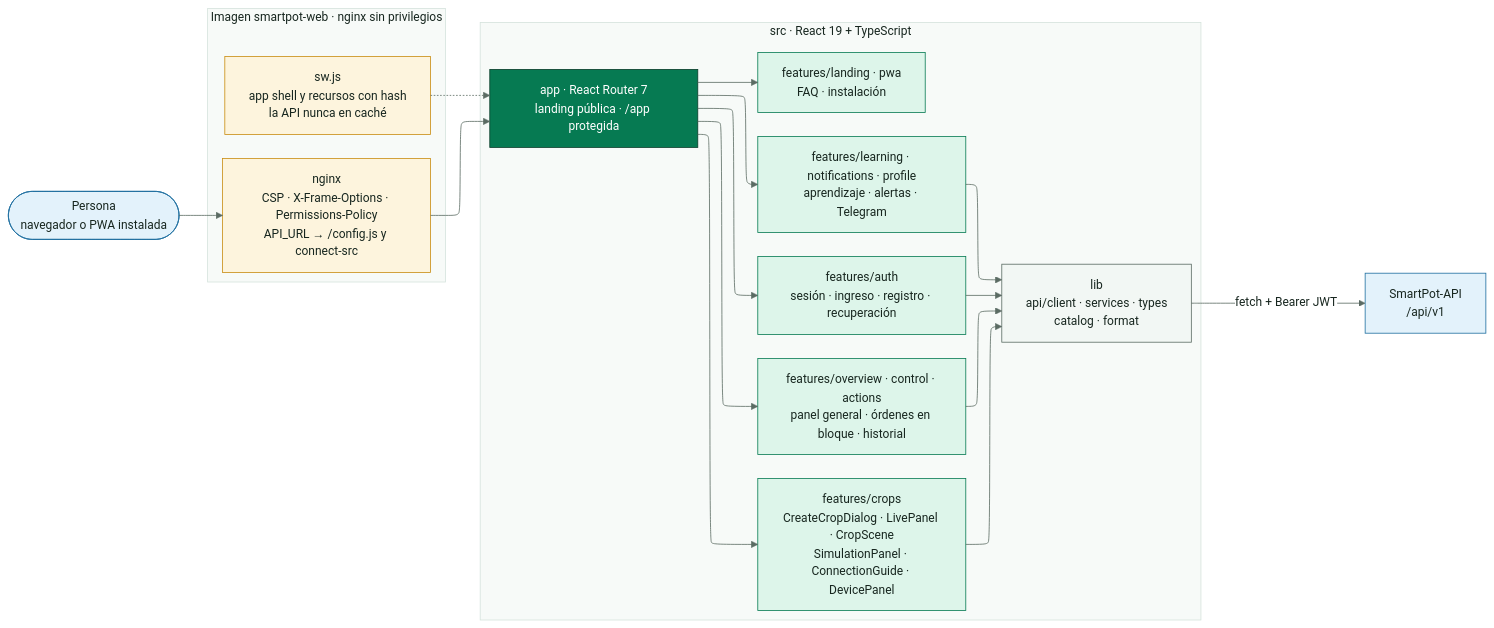
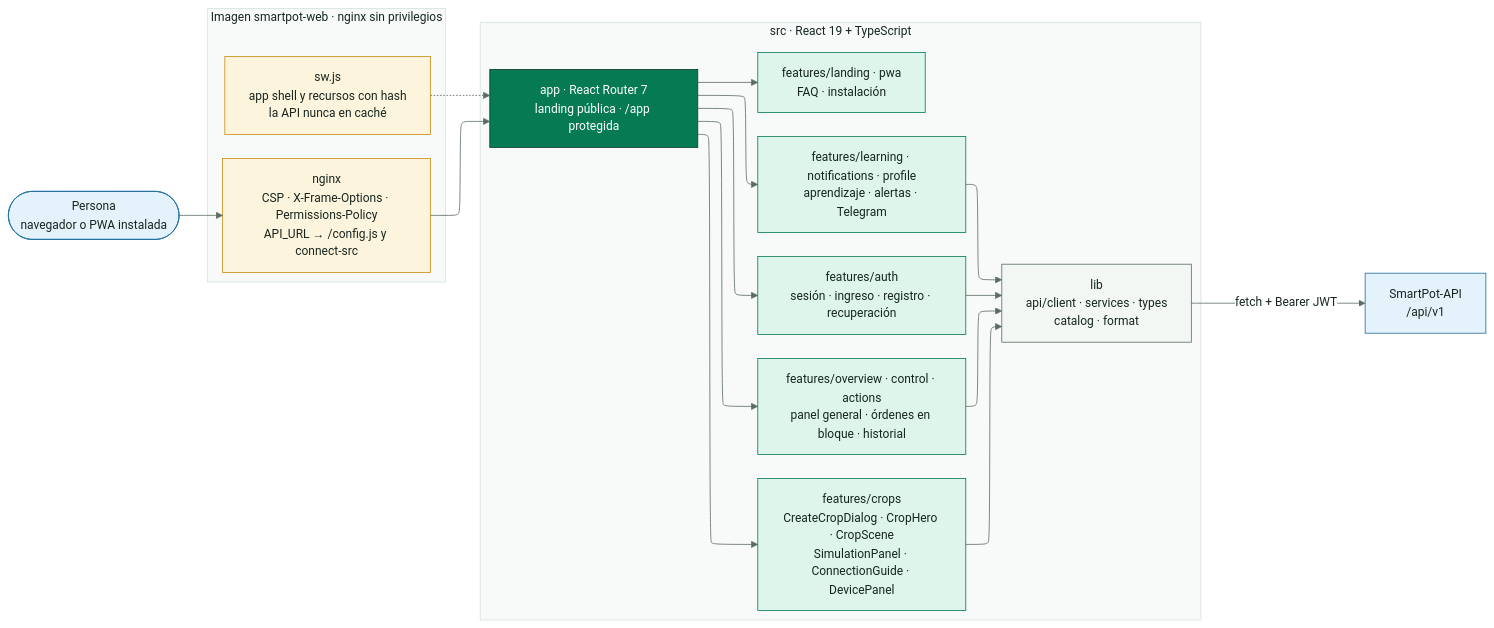
One commit to SmartPotTech/SmartPot-Web changed the first of 4 diagrams in docs/SmartPot_Web_Documentation.md. Above: the diagram before and after it, drawn with Mermaid. The commit also changed other lines of this file, not shown here.

Commit message:
Describe the crop illustration and simulation tab in the web documentation

````diff
--- a/docs/SmartPot_Web_Documentation.md
+++ b/docs/SmartPot_Web_Documentation.md
@@ -46,38 +46,38 @@
 ```mermaid
 %%{init: {"theme": "base", "fontFamily": "Segoe UI, Arial, sans-serif", "themeVariables": {"fontFamily": "Segoe UI, Arial, sans-serif", "fontSize": "15px", "primaryColor": "#DDF5EA", "primaryTextColor": "#17261F", "primaryBorderColor": "#067A52", "secondaryColor": "#E3F2FB", "secondaryTextColor": "#17261F", "secondaryBorderColor": "#1F6FA0", "tertiaryColor": "#F2F7F4", "tertiaryTextColor": "#17261F", "tertiaryBorderColor": "#D5E3DC", "lineColor": "#5B6B63", "textColor": "#17261F", "mainBkg": "#DDF5EA", "nodeBorder": "#067A52", "clusterBkg": "#F7FAF8", "clusterBorder": "#D5E3DC", "edgeLabelBackground": "#FFFFFF", "actorBkg": "#067A52", "actorBorder": "#0B3D2B", "actorTextColor": "#FFFFFF", "actorLineColor": "#5B6B63", "signalColor": "#17261F", "signalTextColor": "#17261F", "labelBoxBkgColor": "#0B3D2B", "labelBoxBorderColor": "#0B3D2B", "labelTextColor": "#FFFFFF", "loopTextColor": "#0B3D2B", "noteBkgColor": "#FDF4DD", "noteBorderColor": "#C98D12", "noteTextColor": "#17261F", "activationBkgColor": "#DDF5EA", "activationBorderColor": "#067A52", "attributeBackgroundColorOdd": "#FFFFFF", "attributeBackgroundColorEven": "#F2F7F4"}, "layout": "elk", "elk": {"nodePlacementStrategy": "BRANDES_KOEPF", "mergeEdges": false, "cycleBreakingStrategy": "GREEDY"}}}%%
 flowchart LR
   person(["Persona<br/>navegador o PWA instalada"])
   subgraph imagen["Imagen smartpot-web · nginx sin privilegios"]
     direction TB
     nginx["nginx<br/>CSP · X-Frame-Options · Permissions-Policy<br/>API_URL → /config.js y connect-src"]
     sw["sw.js<br/>app shell y recursos con hash<br/>la API nunca en caché"]
   end
   subgraph app["src · React 19 + TypeScript"]
     direction TB
     router["app · React Router 7<br/>landing pública · /app protegida"]
     auth["features/auth<br/>sesión · ingreso · registro · recuperación"]
     overview["features/overview · control · actions<br/>panel general · órdenes en bloque · historial"]
-    crops["features/crops<br/>CreateCropDialog · LivePanel · CropScene<br/>SimulationPanel · ConnectionGuide · DevicePanel"]
+    crops["features/crops<br/>CreateCropDialog · CropHero · CropScene<br/>SimulationPanel · ConnectionGuide · DevicePanel"]
     learning["features/learning · notifications · profile<br/>aprendizaje · alertas · Telegram"]
     landing["features/landing · pwa<br/>FAQ · instalación"]
     lib["lib<br/>api/client · services · types<br/>catalog · format"]
   end
   api["SmartPot-API<br/>/api/v1"]
   person --> nginx --> router
   sw -.-> router
   router --> auth & overview & crops & learning & landing
   auth & overview & crops & learning --> lib
   lib -->|"fetch + Bearer JWT"| api
   classDef leaf fill:#DDF5EA,stroke:#067A52,color:#17261F
   classDef water fill:#E3F2FB,stroke:#1F6FA0,color:#17261F
   classDef sun fill:#FDF4DD,stroke:#C98D12,color:#17261F
   classDef clay fill:#FBE9E1,stroke:#B85A38,color:#17261F
   classDef core fill:#067A52,stroke:#0B3D2B,color:#FFFFFF
   classDef deep fill:#0B3D2B,stroke:#06281C,color:#FFFFFF
   classDef muted fill:#F2F7F4,stroke:#5B6B63,color:#17261F
   class person,api water
   class nginx,sw sun
   class router core
   class auth,overview,crops,learning,landing leaf
   class lib muted
 ```
````
